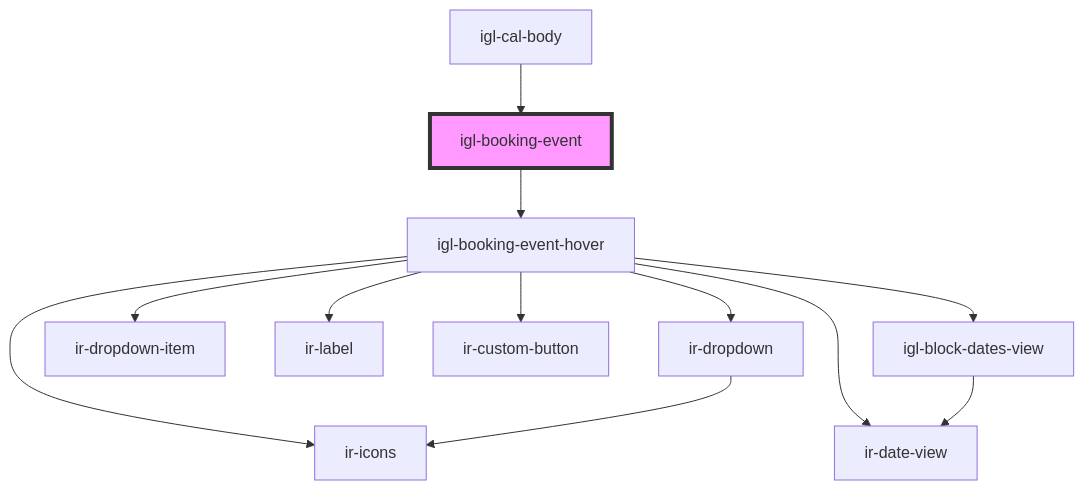
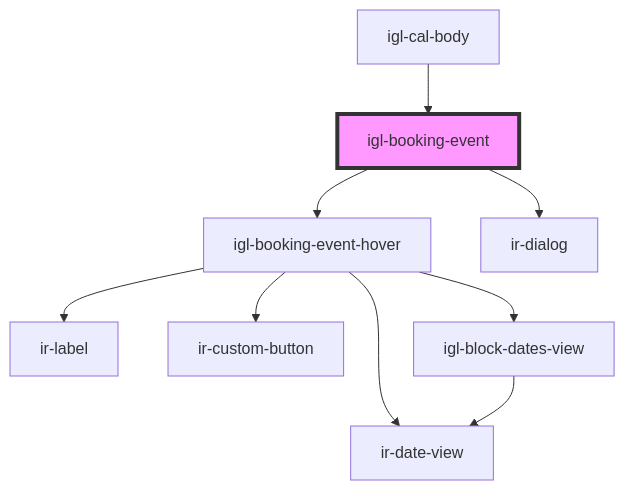
Before and after one commit to RonyRizk/ir-webcmp: the diagram in src/components/igloo-calendar/igl-booking-event/readme.md, drawn with Mermaid. The commit also changed other lines of this file and 857 other files, not shown here.

````diff
--- a/src/components/igloo-calendar/igl-booking-event/readme.md
+++ b/src/components/igloo-calendar/igl-booking-event/readme.md
@@ -44,15 +41,12 @@
 ```mermaid
 graph TD;
   igl-booking-event --> igl-booking-event-hover
-  igl-booking-event-hover --> ir-dropdown
-  igl-booking-event-hover --> ir-icons
-  igl-booking-event-hover --> ir-dropdown-item
+  igl-booking-event --> ir-dialog
   igl-booking-event-hover --> ir-date-view
   igl-booking-event-hover --> ir-label
   igl-booking-event-hover --> ir-custom-button
   igl-booking-event-hover --> igl-block-dates-view
-  ir-dropdown --> ir-icons
   igl-block-dates-view --> ir-date-view
   igl-cal-body --> igl-booking-event
   style igl-booking-event fill:#f9f,stroke:#333,stroke-width:4px
 ```
````
